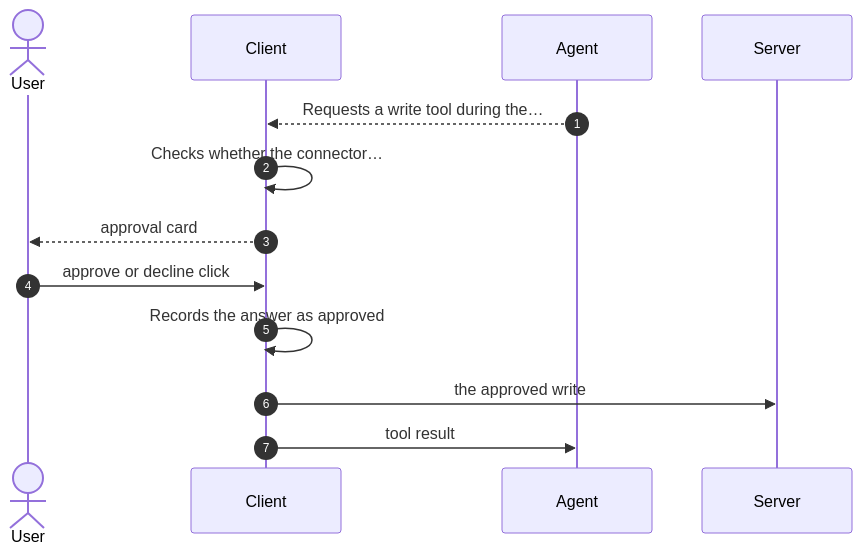
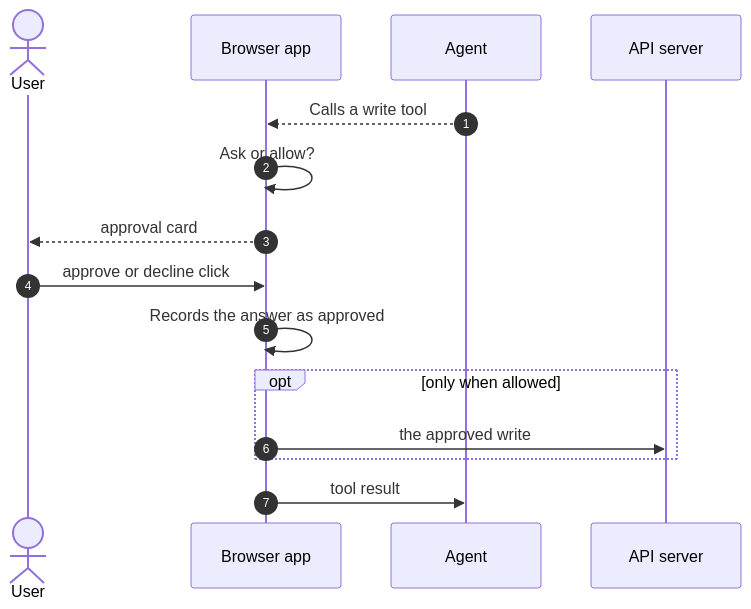
One commit to lngsa1234/mini-muse-mvp changed the diagram in docs/architecture/workflows/tool-approval.md. Above: the diagram before and after it, drawn with Mermaid. The commit also changed other lines of this file and 23 other files, not shown here.

````diff
--- a/docs/architecture/workflows/tool-approval.md
+++ b/docs/architecture/workflows/tool-approval.md
@@ -15,15 +15,17 @@
 ```mermaid
 sequenceDiagram
   autonumber
   actor user as User
-  participant client as Client
+  participant client as Browser app
   participant agent as Agent
-  participant server as Server
-  agent-->>client: Requests a write tool during the…
-  client->>client: Checks whether the connector…
+  participant server as API server
+  agent-->>client: Calls a write tool
+  client->>client: Ask or allow?
   client-->>user: approval card
   user->>client: approve or decline click
   client->>client: Records the answer as approved
+  opt only when allowed
   client->>server: the approved write
+  end
   client->>agent: tool result
 ```
````
